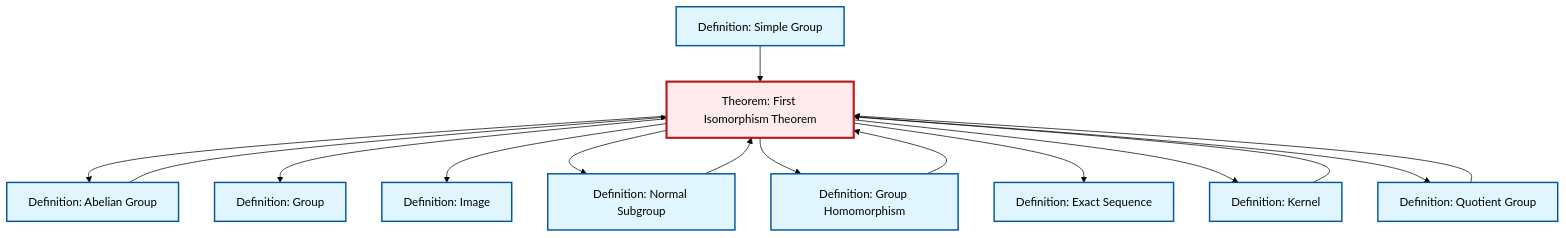
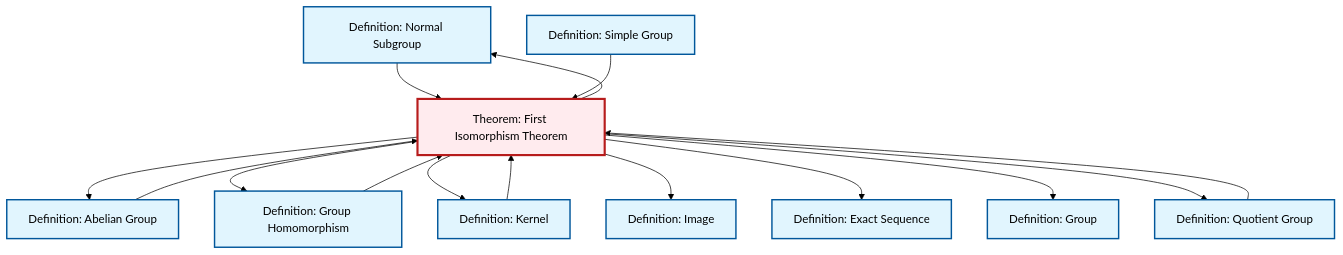
Before and after one commit to RK0429/ModernMath: the diagram in content/en/algebra/thm-first-isomorphism.qmd, drawn with Mermaid (forest theme). The commit also changed other lines of this file and 1069 other files, not shown here.

````diff
--- a/content/en/algebra/thm-first-isomorphism.qmd
+++ b/content/en/algebra/thm-first-isomorphism.qmd
@@ -109,43 +109,43 @@
 ```{mermaid}
 %%| fig-cap: "Local dependency graph"
 graph TD
     classDef definition fill:#e1f5fe,stroke:#01579b,stroke-width:2px
     classDef theorem fill:#f3e5f5,stroke:#4a148c,stroke-width:2px
     classDef axiom fill:#fff3e0,stroke:#e65100,stroke-width:2px
     classDef example fill:#e8f5e9,stroke:#1b5e20,stroke-width:2px
     classDef current fill:#ffebee,stroke:#b71c1c,stroke-width:3px
+    def-image["Definition: Image"]:::definition
+    def-normal-subgroup["Definition: Normal Subgroup"]:::definition
+    def-exact-sequence["Definition: Exact Sequence"]:::definition
+    thm-first-isomorphism["Theorem: First Isomorphism Theorem"]:::theorem
+    def-quotient-group["Definition: Quotient Group"]:::definition
+    def-abelian-group["Definition: Abelian Group"]:::definition
+    def-homomorphism["Definition: Group Homomorphism"]:::definition
     def-simple-group["Definition: Simple Group"]:::definition
-    def-image["Definition: Image"]:::definition
-    thm-first-isomorphism["Theorem: First Isomorphism Theorem"]:::theorem
+    def-kernel["Definition: Kernel"]:::definition
     def-group["Definition: Group"]:::definition
-    def-quotient-group["Definition: Quotient Group"]:::definition
-    def-kernel["Definition: Kernel"]:::definition
-    def-homomorphism["Definition: Group Homomorphism"]:::definition
-    def-normal-subgroup["Definition: Normal Subgroup"]:::definition
-    def-abelian-group["Definition: Abelian Group"]:::definition
-    def-exact-sequence["Definition: Exact Sequence"]:::definition
     thm-first-isomorphism --> def-abelian-group
-    thm-first-isomorphism --> def-group
-    def-quotient-group --> thm-first-isomorphism
-    def-homomorphism --> thm-first-isomorphism
+    thm-first-isomorphism --> def-homomorphism
     def-normal-subgroup --> thm-first-isomorphism
-    thm-first-isomorphism --> def-image
-    thm-first-isomorphism --> def-normal-subgroup
-    thm-first-isomorphism --> def-homomorphism
-    thm-first-isomorphism --> def-exact-sequence
     def-simple-group --> thm-first-isomorphism
     thm-first-isomorphism --> def-kernel
+    def-quotient-group --> thm-first-isomorphism
+    thm-first-isomorphism --> def-image
+    thm-first-isomorphism --> def-exact-sequence
+    def-kernel --> thm-first-isomorphism
     def-abelian-group --> thm-first-isomorphism
-    def-kernel --> thm-first-isomorphism
+    def-homomorphism --> thm-first-isomorphism
+    thm-first-isomorphism --> def-group
+    thm-first-isomorphism --> def-normal-subgroup
     thm-first-isomorphism --> def-quotient-group
     class thm-first-isomorphism current
+    click def-image "def-image.html" "Go to Image definition"
+    click def-normal-subgroup "def-normal-subgroup.html" "Go to Normal Subgroup definition"
+    click def-exact-sequence "def-exact-sequence.html" "Go to Exact Sequence definition"
+    click def-quotient-group "def-quotient-group.html" "Go to Quotient Group definition"
+    click def-abelian-group "def-abelian-group.html" "Go to Abelian Group definition"
+    click def-homomorphism "def-homomorphism.html" "Go to Group Homomorphism definition"
     click def-simple-group "def-simple-group.html" "Go to Simple Group definition"
-    click def-image "def-image.html" "Go to Image definition"
+    click def-kernel "def-kernel.html" "Go to Kernel definition"
     click def-group "def-group.html" "Go to Group definition"
-    click def-quotient-group "def-quotient-group.html" "Go to Quotient Group definition"
-    click def-kernel "def-kernel.html" "Go to Kernel definition"
-    click def-homomorphism "def-homomorphism.html" "Go to Group Homomorphism definition"
-    click def-normal-subgroup "def-normal-subgroup.html" "Go to Normal Subgroup definition"
-    click def-abelian-group "def-abelian-group.html" "Go to Abelian Group definition"
-    click def-exact-sequence "def-exact-sequence.html" "Go to Exact Sequence definition"
 ```
````
